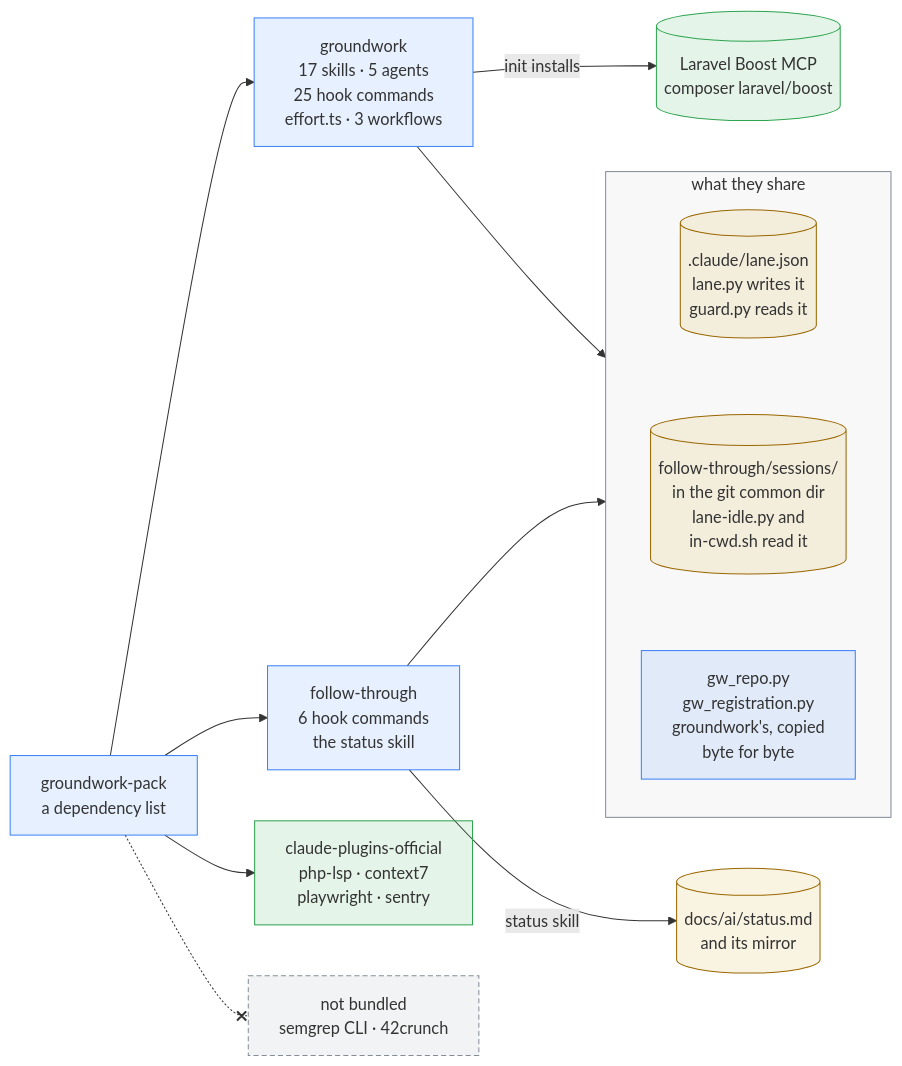
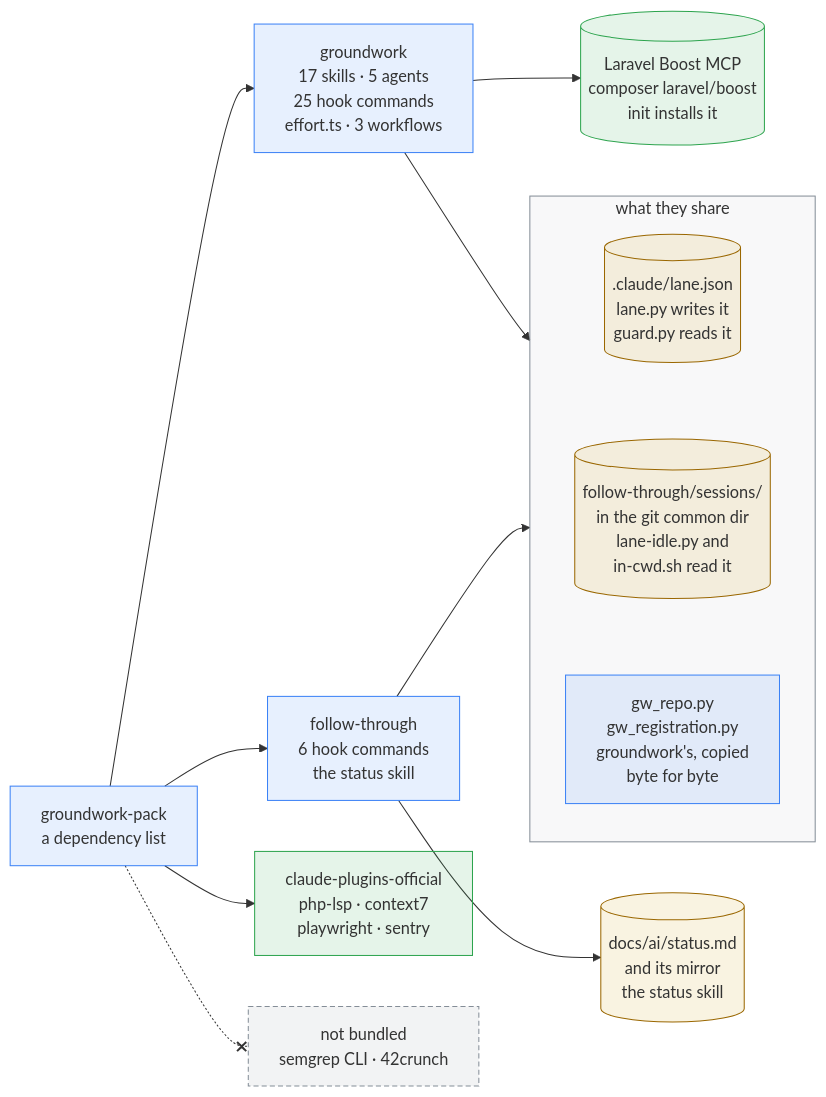
One commit to YasMax91/groundwork changed the third of 3 diagrams in README.md. Above: the diagram before and after it, drawn with Mermaid. The commit also changed other lines of this file, not shown here.

Commit message:
docs: the pipeline diagrams keep their labels whole on GitHub's Mermaid 12 — a wider wrap set in each flowchart, two edge labels moved into their nodes

````diff
--- a/README.md
+++ b/README.md
@@ -449,26 +454,31 @@
 ```mermaid
+---
+config:
+  flowchart:
+    wrappingWidth: 400
+---
 flowchart LR
     pack["groundwork-pack<br/>a dependency list"]:::own
     pack --> gw["groundwork<br/>17 skills · 5 agents<br/>25 hook commands<br/>effort.ts · 3 workflows"]:::own
     pack --> ft["follow-through<br/>6 hook commands<br/>the status skill"]:::own
     pack --> off["claude-plugins-official<br/>php-lsp · context7<br/>playwright · sentry"]:::ext
     pack -.-x optin["not bundled<br/>semgrep CLI · 42crunch"]:::opt
 
-    gw -->|"init installs"| boost[("Laravel Boost MCP<br/>composer laravel/boost")]:::ext
+    gw --> boost[("Laravel Boost MCP<br/>composer laravel/boost<br/>init installs it")]:::ext
     gw --> shared
     ft --> shared
     subgraph shared ["what they share"]
         direction TB
         lane[(".claude/lane.json<br/>lane.py writes it<br/>guard.py reads it")]:::state
         reg[("follow-through/sessions/<br/>in the git common dir<br/>lane-idle.py and<br/>in-cwd.sh read it")]:::state
         code["gw_repo.py<br/>gw_registration.py<br/>groundwork's, copied<br/>byte for byte"]:::own
         lane ~~~ reg ~~~ code
     end
-    ft -->|"status skill"| status[("docs/ai/status.md<br/>and its mirror")]:::state
+    ft --> status[("docs/ai/status.md<br/>and its mirror<br/>the status skill")]:::state
 
     classDef own fill:#3b82f61f,stroke:#3b82f6,stroke-width:1px
     classDef ext fill:#2da44e1f,stroke:#2da44e,stroke-width:1px
     classDef opt fill:#848d971a,stroke:#848d97,stroke-width:1px,stroke-dasharray:5 3
     classDef state fill:#d4a72c24,stroke:#9a6700,stroke-width:1px
     style shared fill:#848d970f,stroke:#848d97,stroke-width:1px
 ```
````
